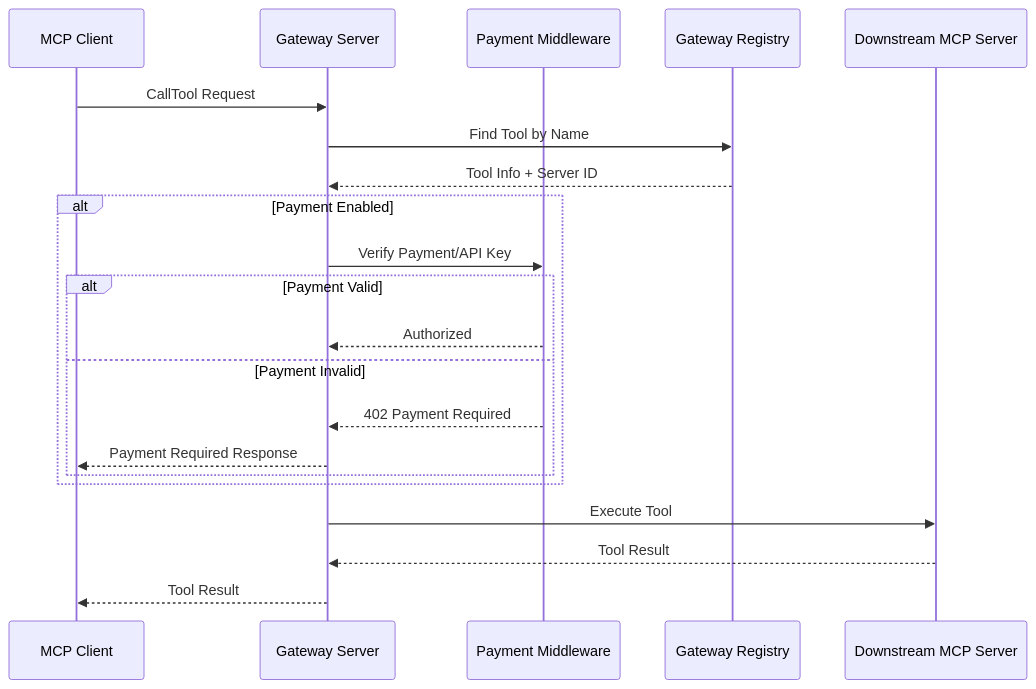
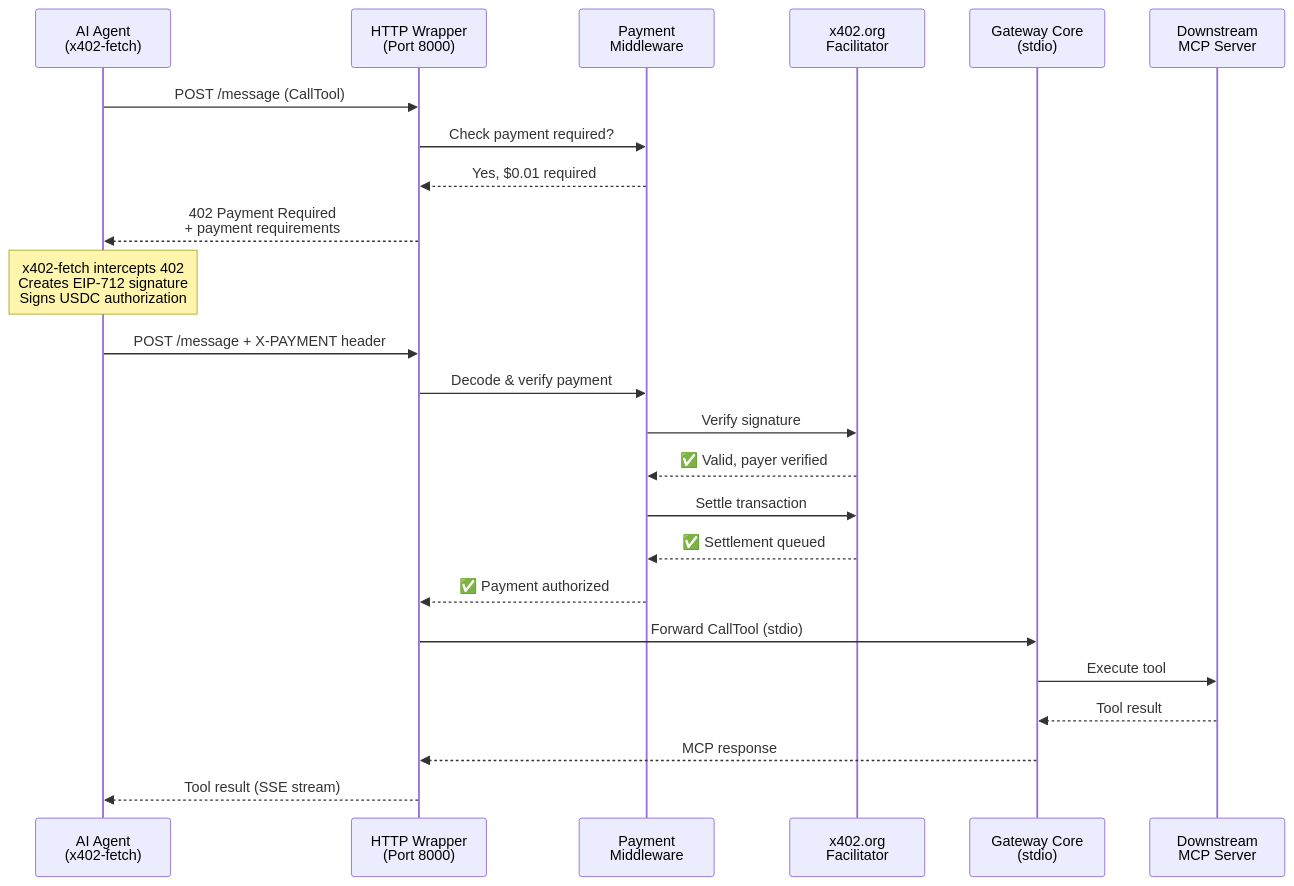
One commit to elizaOS/mcp-gateway changed the diagram in README.md. Above: the diagram before and after it, drawn with Mermaid. The commit also changed other lines of this file and 27 other files, not shown here.

````diff
--- a/README.md
+++ b/README.md
@@ -521,26 +641,31 @@
 ```mermaid
 sequenceDiagram
-    participant Client as MCP Client
-    participant Gateway as Gateway Server
-    participant Payment as Payment Middleware
-    participant Registry as Gateway Registry
-    participant Server as Downstream MCP Server
+    participant Agent as AI Agent<br/>(x402-fetch)
+    participant Wrapper as HTTP Wrapper<br/>(Port 8000)
+    participant PM as Payment<br/>Middleware
+    participant Facilitator as x402.org<br/>Facilitator
+    participant Gateway as Gateway Core<br/>(stdio)
+    participant MCP as Downstream<br/>MCP Server
 
-    Client->>Gateway: CallTool Request
-    Gateway->>Registry: Find Tool by Name
-    Registry-->>Gateway: Tool Info + Server ID
-
-    alt Payment Enabled
-        Gateway->>Payment: Verify Payment/API Key
-        alt Payment Valid
-            Payment-->>Gateway: Authorized
-        else Payment Invalid
-            Payment-->>Gateway: 402 Payment Required
-            Gateway-->>Client: Payment Required Response
-        end
-    end
-
-    Gateway->>Server: Execute Tool
-    Server-->>Gateway: Tool Result
-    Gateway-->>Client: Tool Result
+    Agent->>Wrapper: POST /message (CallTool)
+    Wrapper->>PM: Check payment required?
+    PM-->>Wrapper: Yes, $0.01 required
+    
+    Wrapper-->>Agent: 402 Payment Required<br/>+ payment requirements
+    
+    Note over Agent: x402-fetch intercepts 402<br/>Creates EIP-712 signature<br/>Signs USDC authorization
+    
+    Agent->>Wrapper: POST /message + X-PAYMENT header
+    Wrapper->>PM: Decode & verify payment
+    PM->>Facilitator: Verify signature
+    Facilitator-->>PM: ✅ Valid, payer verified
+    PM->>Facilitator: Settle transaction
+    Facilitator-->>PM: ✅ Settlement queued
+    PM-->>Wrapper: ✅ Payment authorized
+    
+    Wrapper->>Gateway: Forward CallTool (stdio)
+    Gateway->>MCP: Execute tool
+    MCP-->>Gateway: Tool result
+    Gateway-->>Wrapper: MCP response
+    Wrapper-->>Agent: Tool result (SSE stream)
 ```
````
